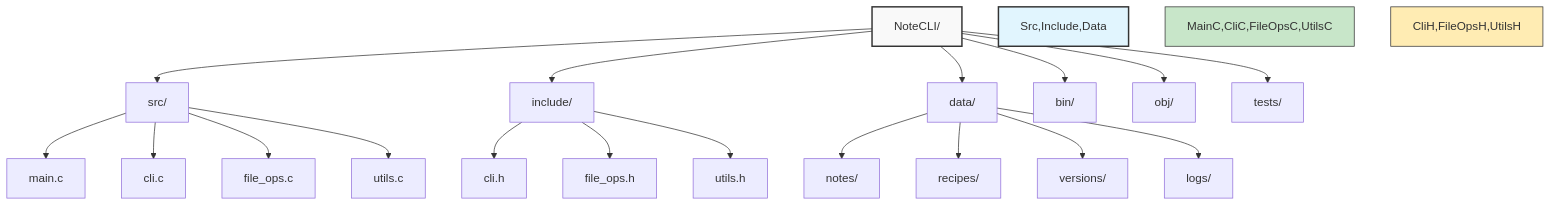
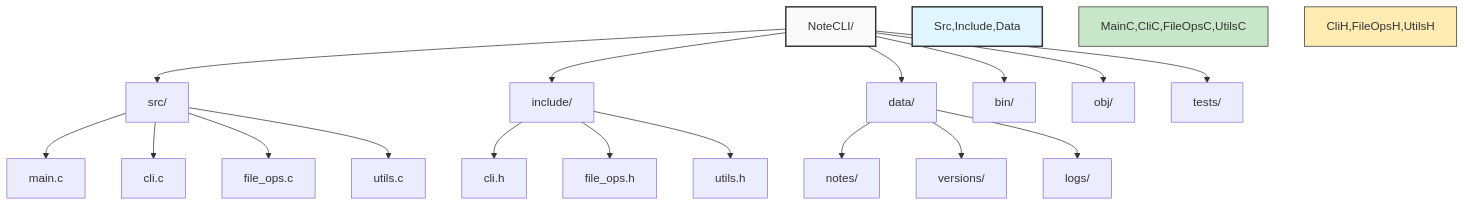
The second of 11 diagrams in Docs/DevelopmentGuide/README.md (LGICCommunity/NoteCLI), drawn with Mermaid before and after one commit. The commit also changed other lines of this file and 3 other files, not shown here.

````diff
--- a/Docs/DevelopmentGuide/README.md
+++ b/Docs/DevelopmentGuide/README.md
@@ -93,28 +93,27 @@
 ```mermaid
 graph TD
     Root[NoteCLI/] --> Src[src/]
     Root --> Include[include/]
     Root --> Data[data/]
     Root --> Bin[bin/]
     Root --> Obj[obj/]
     Root --> Tests[tests/]
     
     Src --> MainC[main.c]
     Src --> CliC[cli.c]
     Src --> FileOpsC[file_ops.c]
     Src --> UtilsC[utils.c]
     
     Include --> CliH[cli.h]
     Include --> FileOpsH[file_ops.h]
     Include --> UtilsH[utils.h]
     
     Data --> Notes[notes/]
-    Data --> Recipes[recipes/]
     Data --> Versions[versions/]
     Data --> Logs[logs/]
     
     style Root fill:#f9f9f9,stroke:#333,stroke-width:2px
     style Src,Include,Data fill:#e1f5fe,stroke:#333,stroke-width:2px
     style MainC,CliC,FileOpsC,UtilsC fill:#c8e6c9,stroke:#333
     style CliH,FileOpsH,UtilsH fill:#ffecb3,stroke:#333
 ```
````
